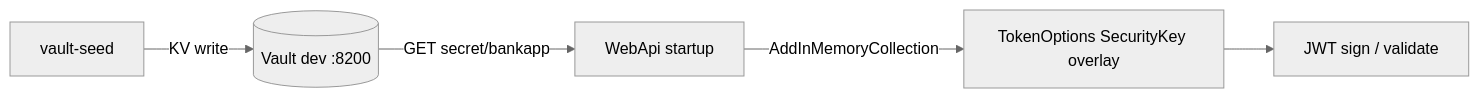
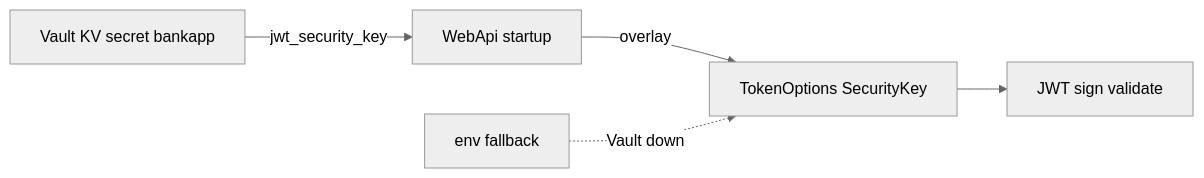
The first of 2 diagrams in docs/learning/en/19-vault-lab.md (fdeniz07/BankApp), drawn with Mermaid (neutral theme) before and after one commit. The commit also changed other lines of this file and 105 other files, not shown here.

First line of the commit message:
doc: Enrich learning chapters with labs, pitfalls, and safe Mermaid

````diff
--- a/docs/learning/en/19-vault-lab.md
+++ b/docs/learning/en/19-vault-lab.md
@@ -12,7 +14,7 @@
 ```mermaid
 flowchart LR
-  SEED[vault-seed] -->|KV write| VAULT[(Vault dev :8200)]
-  VAULT -->|GET secret/bankapp| API[WebApi startup]
-  API -->|AddInMemoryCollection| JWT[TokenOptions SecurityKey overlay]
-  JWT --> SIGN[JWT sign / validate]
+  V["Vault KV secret bankapp"] -->|"jwt_security_key"| W["WebApi startup"]
+  W -->|"overlay"| C["TokenOptions SecurityKey"]
+  C --> JWT["JWT sign validate"]
+  ENV["env fallback"] -.->|"Vault down"| C
 ```
````
